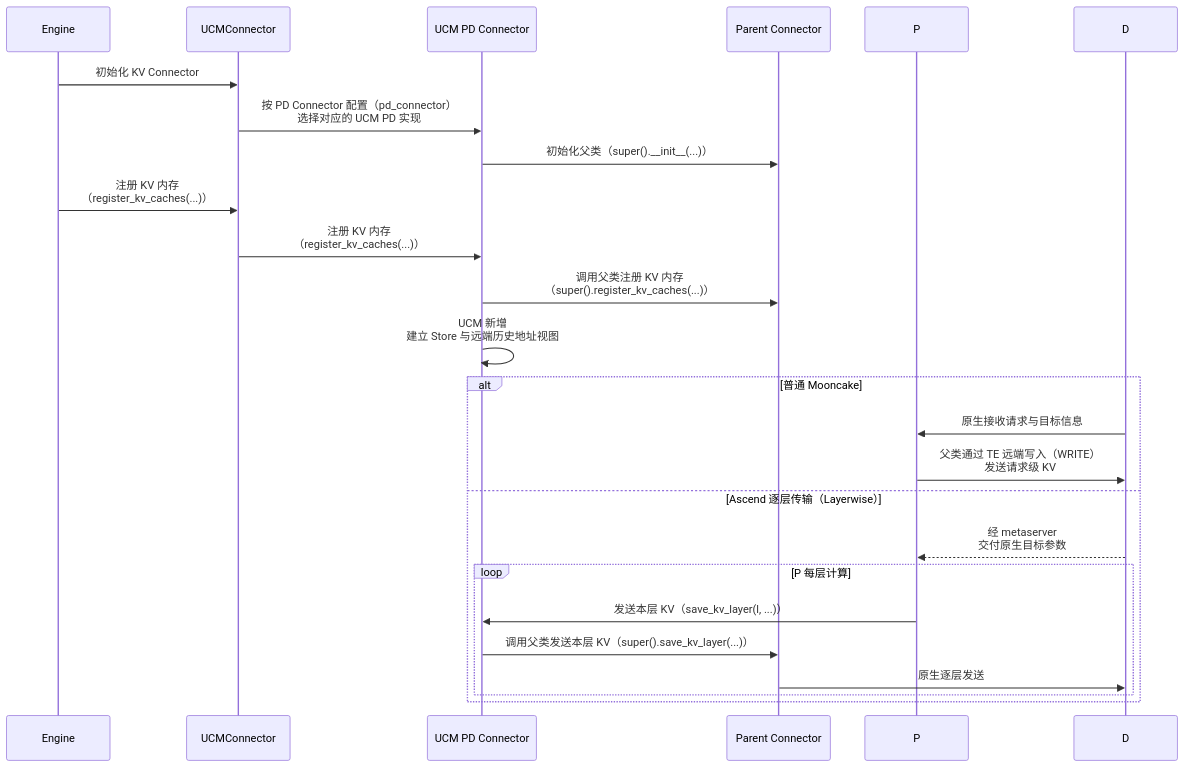
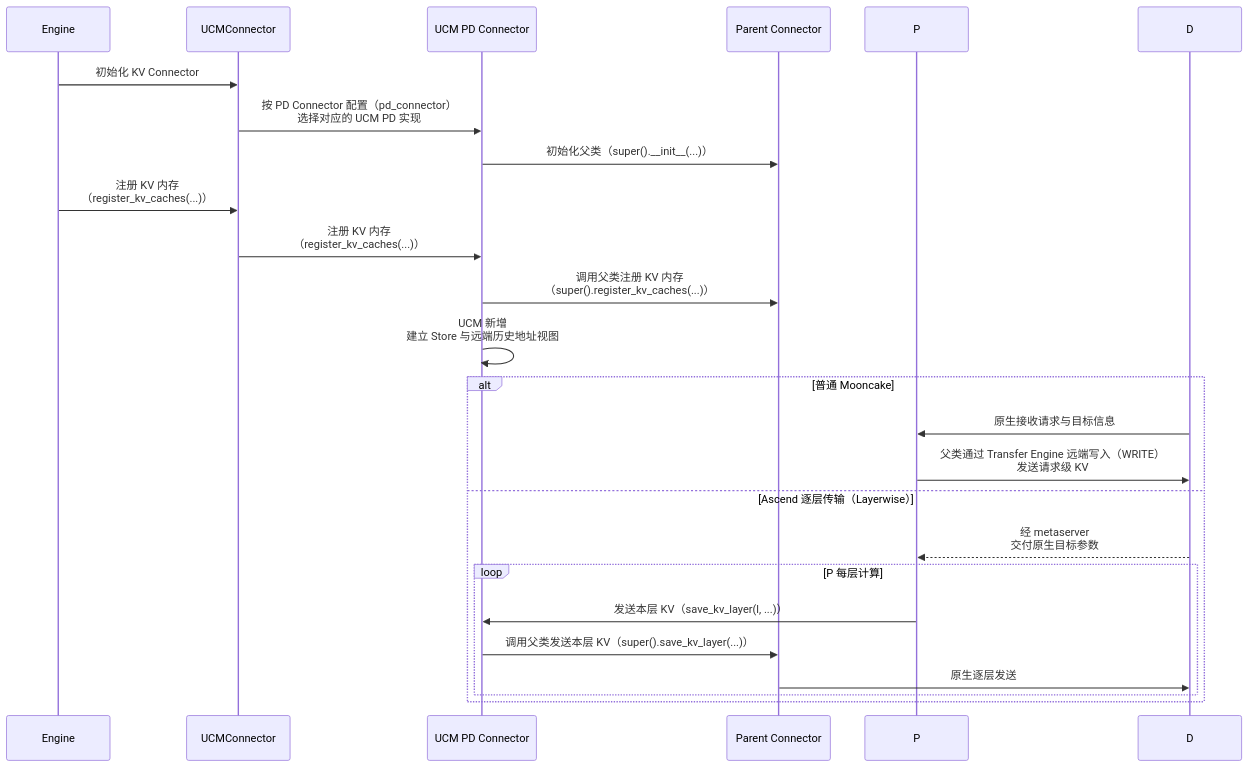
One commit to SuperMarioYL/unified-cache-management changed the first of 5 diagrams in docs/design/pd/方案实现——Connector.md. Above: the diagram before and after it, drawn with Mermaid. The commit also changed other lines of this file and 2 other files, not shown here.

Commit message:
docs: expand Transfer Engine abbreviation for spelling checks

````diff
--- a/docs/design/pd/方案实现——Connector.md
+++ b/docs/design/pd/方案实现——Connector.md
@@ -20,27 +20,27 @@
 ```mermaid
 sequenceDiagram
     participant E as Engine
     participant U as UCMConnector
     participant C as UCM PD Connector
     participant B as Parent Connector
     participant P as P
     participant D as D
     E->>U: 初始化 KV Connector
     U->>C: 按 PD Connector 配置（pd_connector）<br/>选择对应的 UCM PD 实现
     C->>B: 初始化父类（super().__init__(...)）
     E->>U: 注册 KV 内存<br/>（register_kv_caches(...)）
     U->>C: 注册 KV 内存<br/>（register_kv_caches(...)）
     C->>B: 调用父类注册 KV 内存<br/>（super().register_kv_caches(...)）
     C->>C: UCM 新增<br/>建立 Store 与远端历史地址视图
     alt 普通 Mooncake
         D->>P: 原生接收请求与目标信息
-        P->>D: 父类通过 TE 远端写入（WRITE）<br/>发送请求级 KV
+        P->>D: 父类通过 Transfer Engine 远端写入（WRITE）<br/>发送请求级 KV
     else Ascend 逐层传输（Layerwise）
         D-->>P: 经 metaserver<br/>交付原生目标参数
         loop P 每层计算
             P->>C: 发送本层 KV（save_kv_layer(l, ...)）
             C->>B: 调用父类发送本层 KV（super().save_kv_layer(...)）
             B->>D: 原生逐层发送
         end
     end
 ```
````
